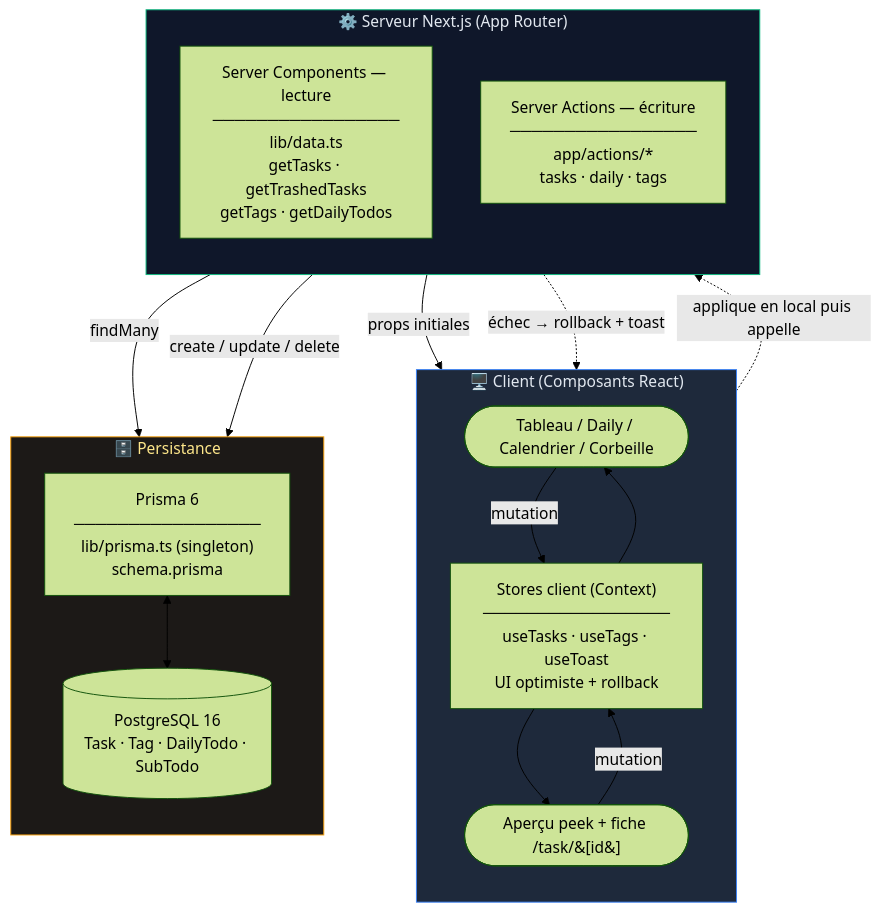
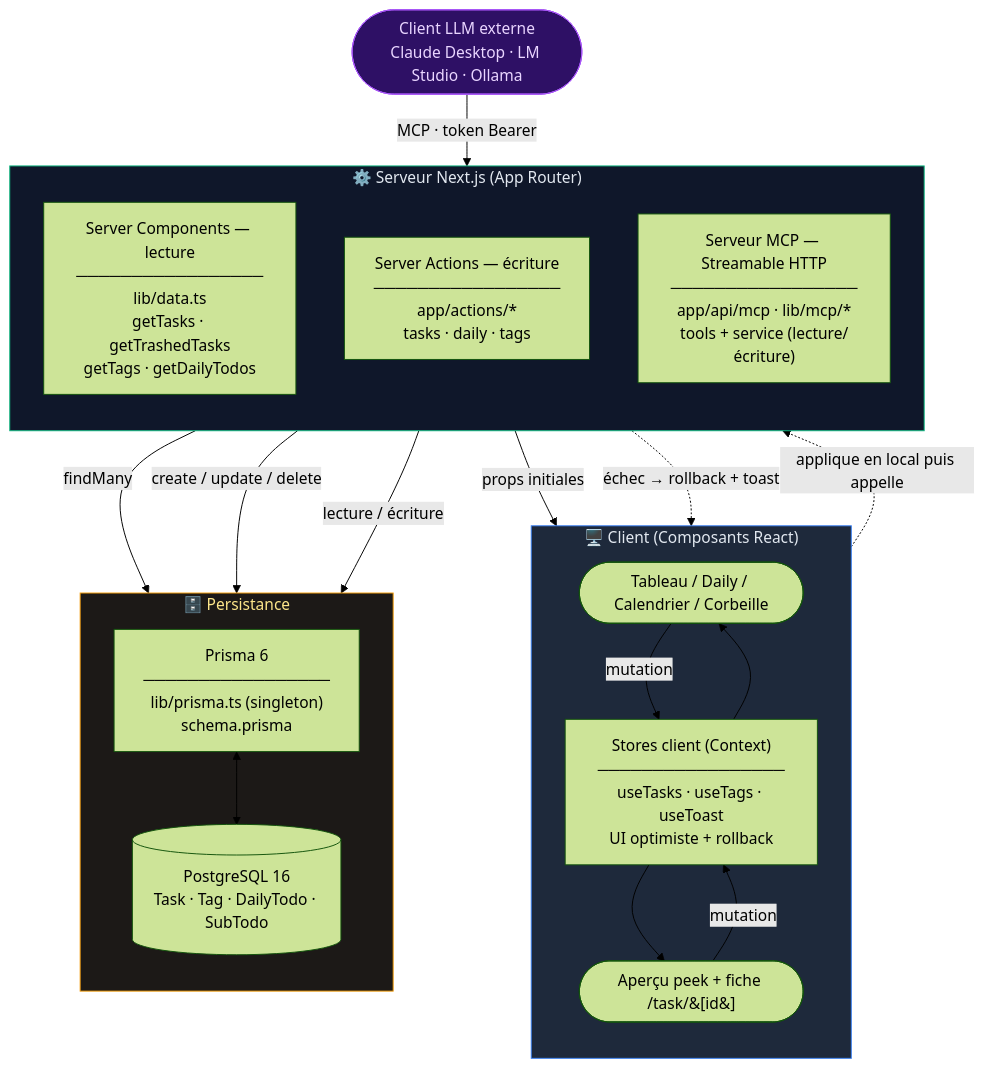
The diagram in README.fr.md (maximebgd/tasks-manager), drawn with Mermaid (forest theme) before and after one commit. The commit also changed other lines of this file and 11 other files, not shown here.

First line of the commit message:
feat: add MCP server for external LLM access

````diff
--- a/README.fr.md
+++ b/README.fr.md
@@ -173,43 +200,51 @@
 ```mermaid
 flowchart TD
     subgraph CLIENT["🖥️ Client (Composants React)"]
         direction TB
         U1([Tableau / Daily / Calendrier / Corbeille])
         U2([Aperçu peek + fiche /task/&#91;id&#93;])
         CTX["Stores client (Context)\n─────────────────\nuseTasks · useTags · useToast\nUI optimiste + rollback"]
     end
 
     subgraph SERVER["⚙️ Serveur Next.js (App Router)"]
         direction TB
         RC["Server Components — lecture\n─────────────────\nlib/data.ts\ngetTasks · getTrashedTasks\ngetTags · getDailyTodos"]
         SA["Server Actions — écriture\n─────────────────\napp/actions/*\ntasks · daily · tags"]
+        MCP["Serveur MCP — Streamable HTTP\n─────────────────\napp/api/mcp · lib/mcp/*\ntools + service (lecture/écriture)"]
     end
+
+    LLM([Client LLM externe\nClaude Desktop · LM Studio · Ollama])
 
     subgraph DATA["🗄️ Persistance"]
         direction TB
         PR["Prisma 6\n─────────────────\nlib/prisma.ts (singleton)\nschema.prisma"]
         DB[("PostgreSQL 16\nTask · Tag · DailyTodo · SubTodo")]
     end
 
     %% Initialisation (lecture)
     RC -->|"props initiales"| CTX
     RC -->|"findMany"| PR
 
     %% Rendu
     CTX --> U1
     CTX --> U2
 
     %% Mutations (écriture optimiste)
     U1 -->|"mutation"| CTX
     U2 -->|"mutation"| CTX
     CTX -.->|"applique en local puis appelle"| SA
     SA -->|"create / update / delete"| PR
     SA -.->|"échec → rollback + toast"| CTX
 
+    %% MCP (LLM externe)
+    LLM -->|"MCP · token Bearer"| MCP
+    MCP -->|"lecture / écriture"| PR
+
     PR <--> DB
 
     %% Styles
     style CLIENT fill:#1e293b,color:#e2e8f0,stroke:#3b82f6
     style SERVER fill:#0f172a,color:#e2e8f0,stroke:#10b981
     style DATA fill:#1c1917,color:#fde68a,stroke:#f59e0b
+    style LLM fill:#2e1065,color:#e9d5ff,stroke:#a855f7
 ```
````
